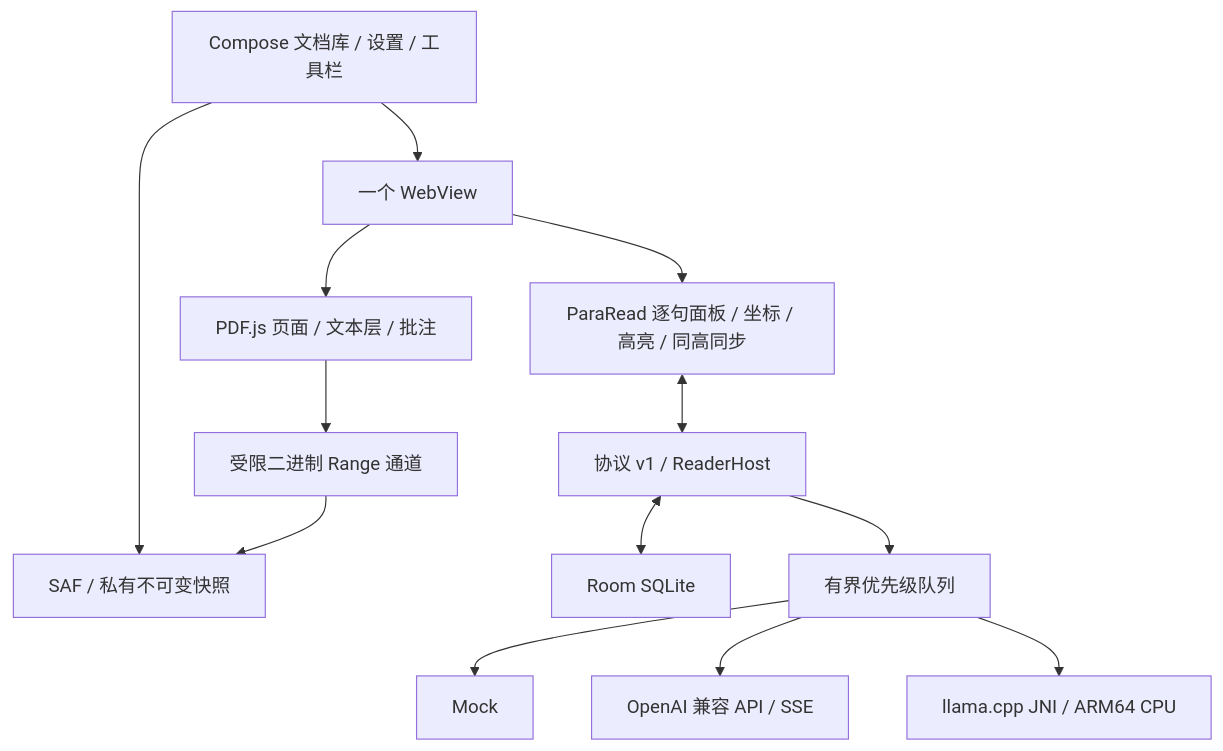
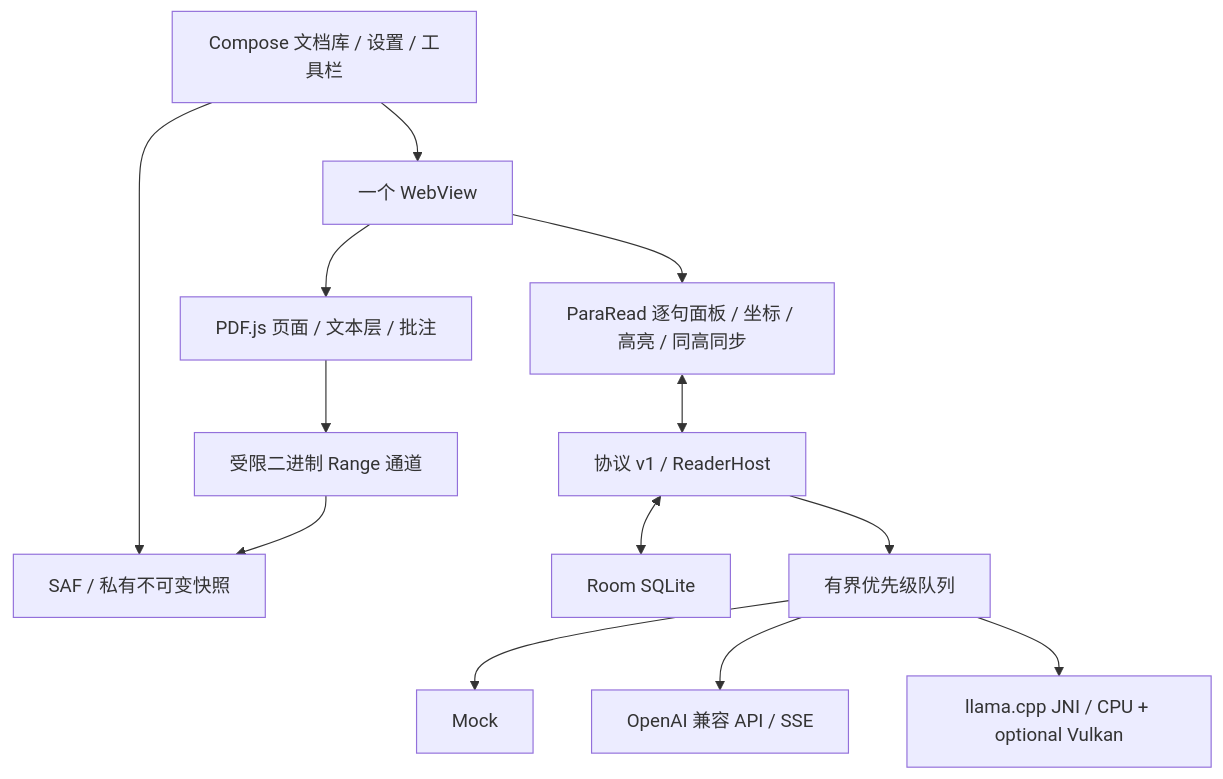
The diagram in docs/architecture.md (kejie-tang/pararead-android), drawn with Mermaid before and after one commit. The commit also changed other lines of this file and 52 other files, not shown here.

Commit message:
Add experimental Vulkan backend with CPU fallback

````diff
--- a/docs/architecture.md
+++ b/docs/architecture.md
@@ -7,15 +7,15 @@
 ```mermaid
 flowchart TB
   UI[Compose 文档库 / 设置 / 工具栏] --> WV[一个 WebView]
   UI --> SAF[SAF / 私有不可变快照]
   WV --> PDF[PDF.js 页面 / 文本层 / 批注]
   WV --> TS[ParaRead 逐句面板 / 坐标 / 高亮 / 同高同步]
   PDF --> RANGE[受限二进制 Range 通道]
   RANGE --> SAF
   TS <--> BR[协议 v1 / ReaderHost]
   BR <--> DB[Room SQLite]
   BR --> QUEUE[有界优先级队列]
   QUEUE --> MOCK[Mock]
   QUEUE --> API[OpenAI 兼容 API / SSE]
-  QUEUE --> JNI[llama.cpp JNI / ARM64 CPU]
+  QUEUE --> JNI[llama.cpp JNI / CPU + optional Vulkan]
 ```
````
